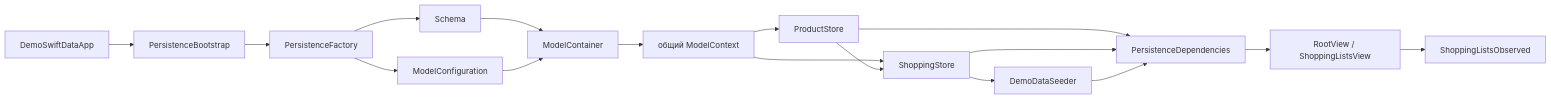
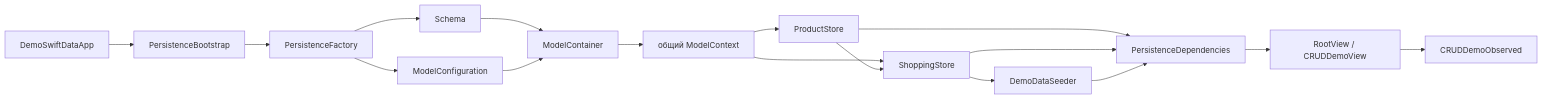
The second of 2 diagrams in README.md (tik-tak-ololo/DemoSwiftData), drawn with Mermaid before and after one commit. The commit also changed other lines of this file and 10 other files, not shown here.

````diff
--- a/README.md
+++ b/README.md
@@ -119,19 +138,19 @@
 ```mermaid
 flowchart LR
     App[DemoSwiftDataApp] --> Bootstrap[PersistenceBootstrap]
     Bootstrap --> Factory[PersistenceFactory]
     Factory --> Schema[Schema]
     Factory --> Configuration[ModelConfiguration]
     Schema --> Container[ModelContainer]
     Configuration --> Container
     Container --> Context[общий ModelContext]
     Context --> ProductStore[ProductStore]
     Context --> ShoppingStore[ShoppingStore]
     ProductStore --> ShoppingStore
     ShoppingStore --> Seeder[DemoDataSeeder]
     ProductStore --> Dependencies[PersistenceDependencies]
     ShoppingStore --> Dependencies
     Seeder --> Dependencies
-    Dependencies --> RootView[RootView / ShoppingListsView]
-    RootView --> Observed[ShoppingListsObserved]
+    Dependencies --> RootView[RootView / CRUDDemoView]
+    RootView --> Observed[CRUDDemoObserved]
 ```
````
